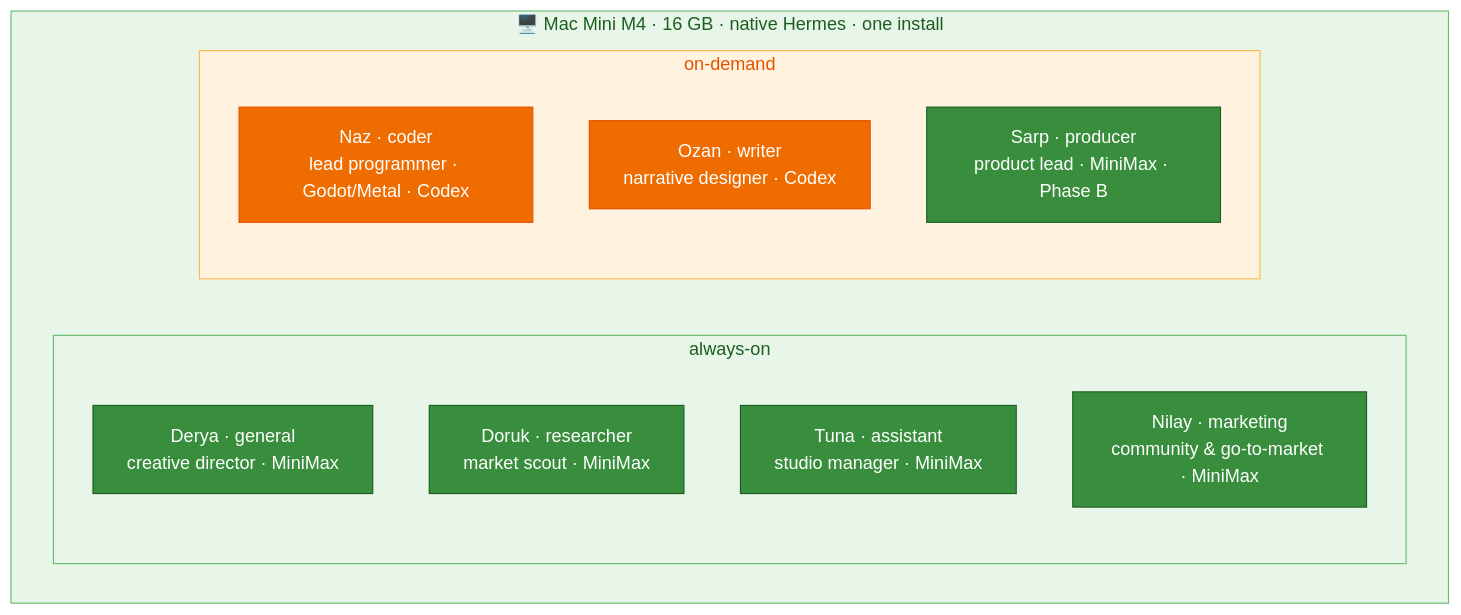
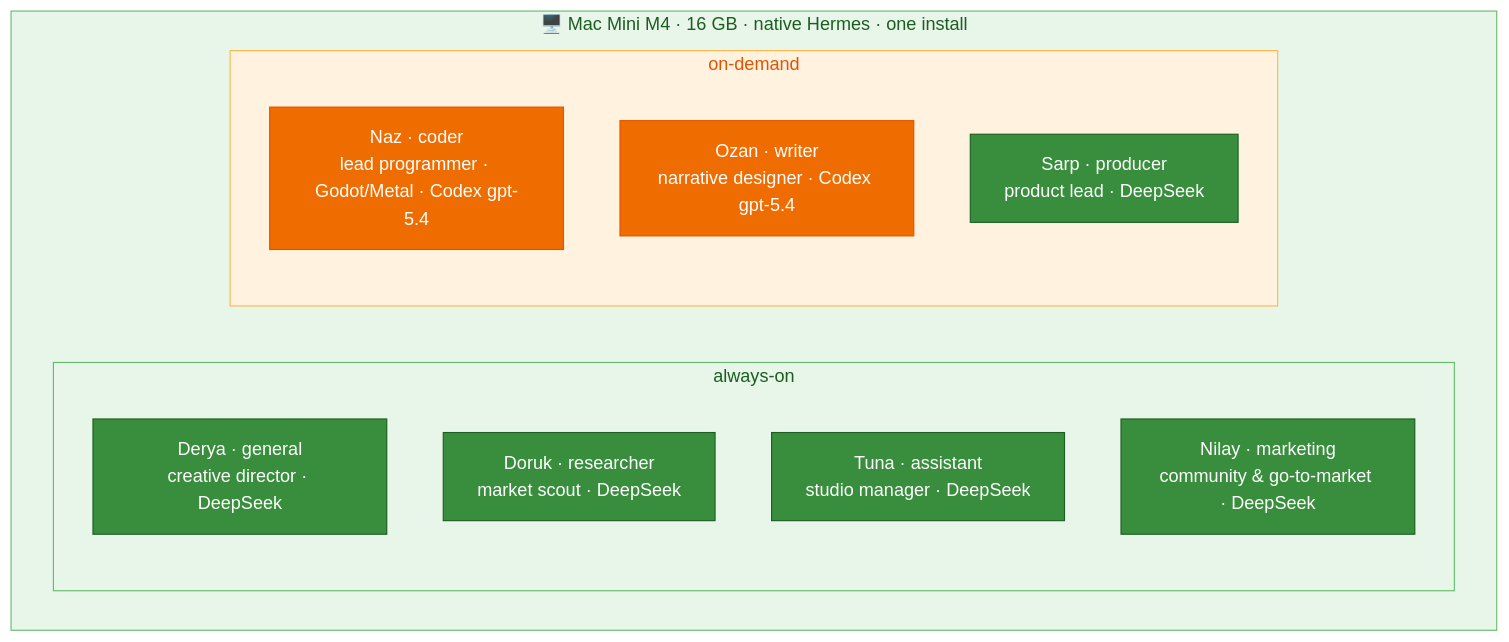
The diagram in docs/02-agents.md (mpolatcan/hermes-setup), drawn with Mermaid (neutral theme) before and after one commit. The commit also changed other lines of this file and 12 other files, not shown here.

First line of the commit message:
docs: sync to live system — DeepSeek primary, no extract backend, 4GB VM

````diff
--- a/docs/02-agents.md
+++ b/docs/02-agents.md
@@ -7,21 +7,21 @@
 ```mermaid
 flowchart TB
     subgraph Mini["🖥️ Mac Mini M4 · 16 GB · native Hermes · one install"]
         subgraph always["always-on"]
-            general["Derya · general<br/>creative director · MiniMax"]:::mini
-            researcher["Doruk · researcher<br/>market scout · MiniMax"]:::mini
-            assistant["Tuna · assistant<br/>studio manager · MiniMax"]:::mini
-            marketing["Nilay · marketing<br/>community & go-to-market · MiniMax"]:::mini
+            general["Derya · general<br/>creative director · DeepSeek"]:::mini
+            researcher["Doruk · researcher<br/>market scout · DeepSeek"]:::mini
+            assistant["Tuna · assistant<br/>studio manager · DeepSeek"]:::mini
+            marketing["Nilay · marketing<br/>community & go-to-market · DeepSeek"]:::mini
         end
         subgraph demand["on-demand"]
-            coder["Naz · coder<br/>lead programmer · Godot/Metal · Codex"]:::codex
-            writer["Ozan · writer<br/>narrative designer · Codex"]:::codex
-            producer["Sarp · producer<br/>product lead · MiniMax · Phase B"]:::mini
+            coder["Naz · coder<br/>lead programmer · Godot/Metal · Codex gpt-5.4"]:::codex
+            writer["Ozan · writer<br/>narrative designer · Codex gpt-5.4"]:::codex
+            producer["Sarp · producer<br/>product lead · DeepSeek"]:::mini
         end
     end
     classDef mini fill:#388E3C,stroke:#1B5E20,color:#fff
     classDef codex fill:#EF6C00,stroke:#E65100,color:#fff
     style Mini fill:#E8F5E9,stroke:#66BB6A,color:#1B5E20
     style always fill:#E8F5E9,stroke:#66BB6A,color:#1B5E20
     style demand fill:#FFF3E0,stroke:#FFB74D,color:#E65100
 ```
````
